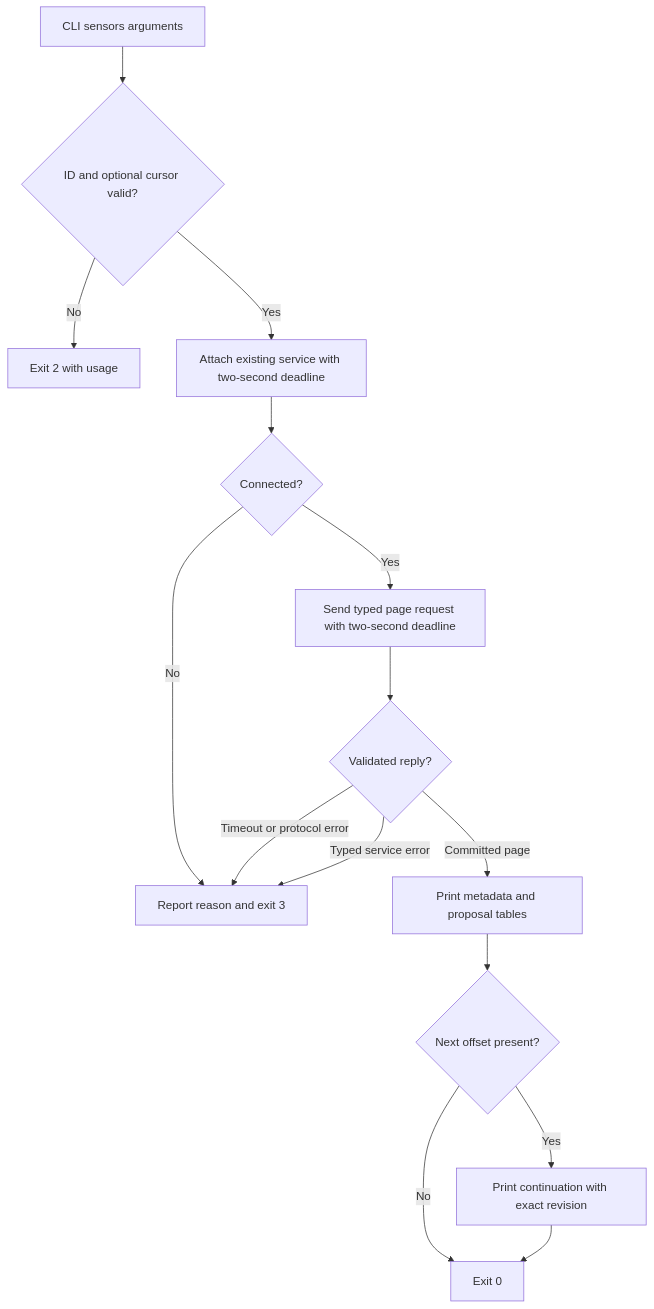
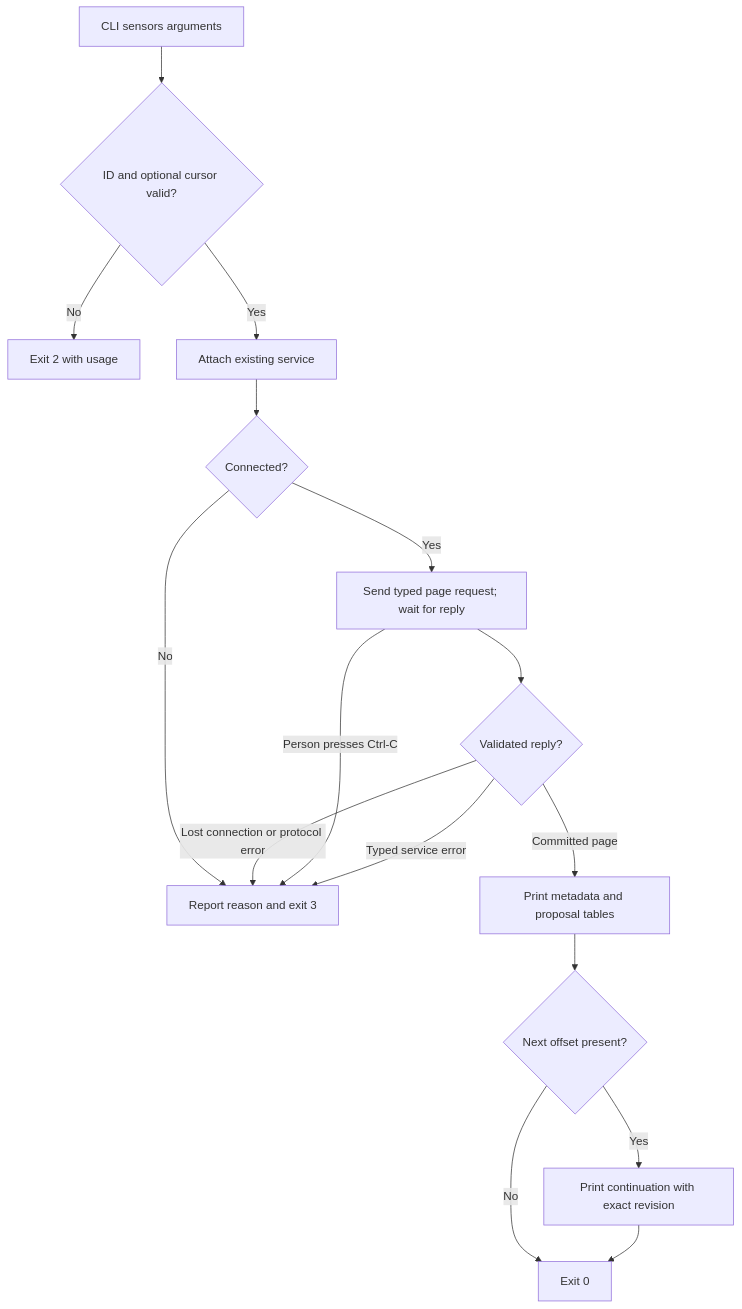
One commit to pidster/asura changed diagram 17 of 18 in docs/designs/command-flows.md. Above: the diagram before and after it, drawn with Mermaid. The commit also changed other lines of this file and 39 other files, not shown here.

````diff
--- a/docs/designs/command-flows.md
+++ b/docs/designs/command-flows.md
@@ -584,17 +660,18 @@
 ```mermaid
 flowchart TD
     Start[CLI sensors arguments] --> Valid{ID and optional cursor valid?}
     Valid -->|No| Syntax[Exit 2 with usage]
-    Valid -->|Yes| Attach[Attach existing service with two-second deadline]
+    Valid -->|Yes| Attach[Attach existing service]
     Attach --> Connected{Connected?}
     Connected -->|No| Failure[Report reason and exit 3]
-    Connected -->|Yes| Query[Send typed page request with two-second deadline]
+    Connected -->|Yes| Query[Send typed page request; wait for reply]
     Query --> Reply{Validated reply?}
-    Reply -->|Timeout or protocol error| Failure
+    Reply -->|Lost connection or protocol error| Failure
+    Query -->|Person presses Ctrl-C| Failure
     Reply -->|Typed service error| Failure
     Reply -->|Committed page| Print[Print metadata and proposal tables]
     Print --> More{Next offset present?}
     More -->|Yes| Cursor[Print continuation with exact revision]
     More -->|No| Done[Exit 0]
     Cursor --> Done
 ```
````
